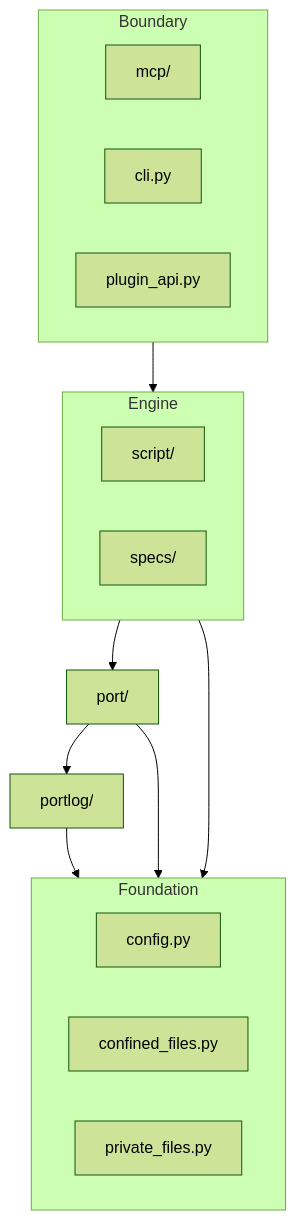
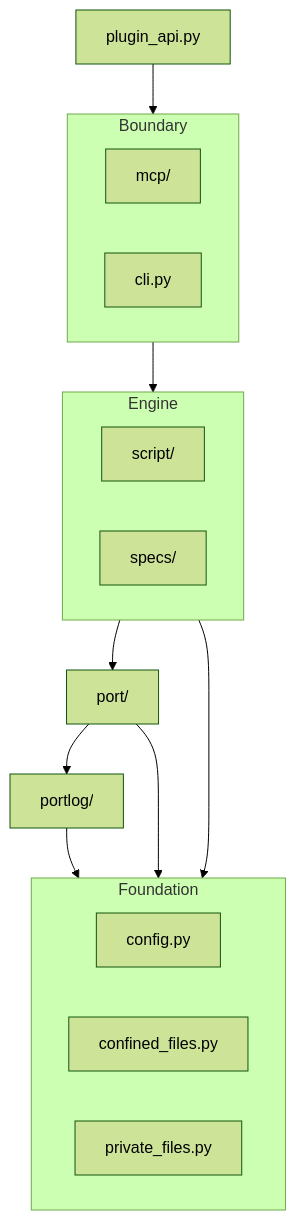
The diagram in docs/plans/package-layout-design.md (jonatsu/serial-mcp-server), drawn with Mermaid (forest theme) before and after one commit. The commit also changed other lines of this file and 1 other file, not shown here.

````diff
--- a/docs/plans/package-layout-design.md
+++ b/docs/plans/package-layout-design.md
@@ -131,25 +131,25 @@
 ```mermaid
 flowchart TB
+    api[plugin_api.py] --> boundary
     subgraph boundary [Boundary]
         mcp[mcp/]
         cli[cli.py]
-        api[plugin_api.py]
     end
     subgraph engine [Engine]
         script[script/]
         specs[specs/]
     end
     port[port/]
     portlog[portlog/]
     subgraph foundation [Foundation]
         config[config.py]
         confined[confined_files.py]
         private[private_files.py]
     end
     boundary --> engine
     engine --> port
     port --> portlog
     portlog --> foundation
     engine --> foundation
     port --> foundation
 ```
````
